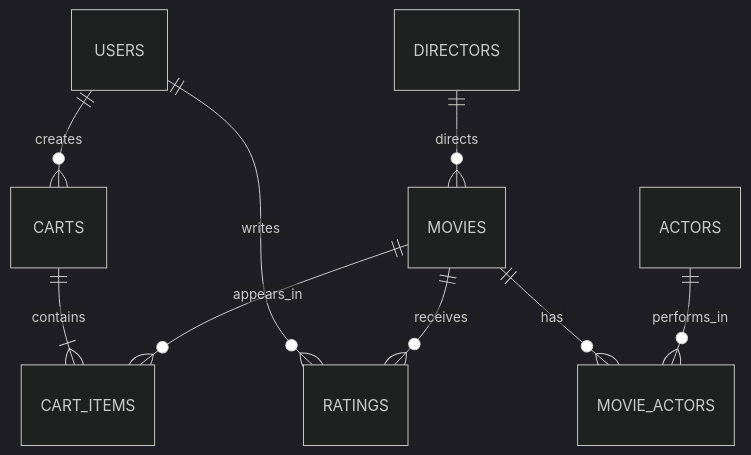
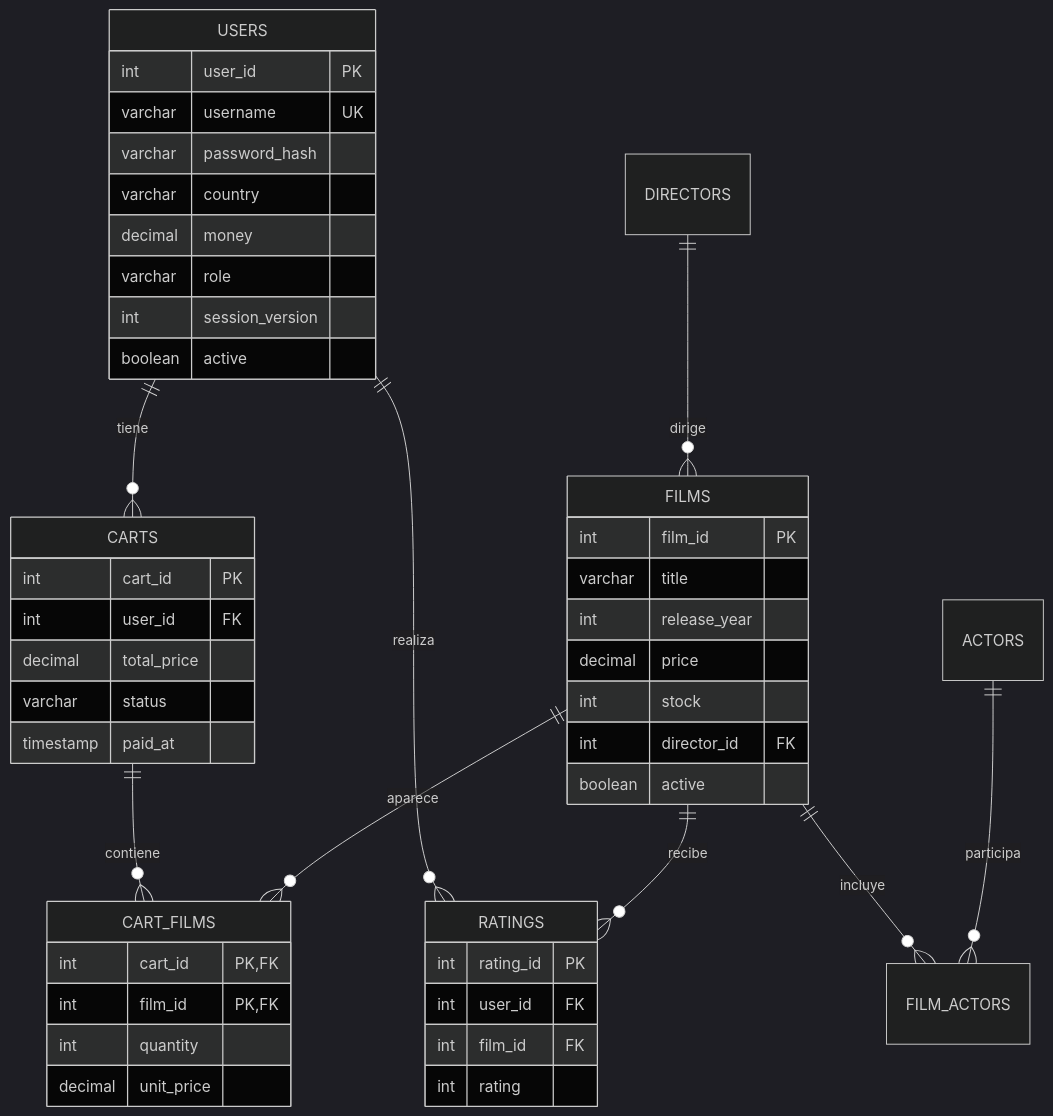
Before and after one commit to Alejandrog2006/SI: the diagram in p2/diseno.md, drawn with Mermaid (dark theme). The commit also changed other lines of this file and 11 other files, not shown here.

````diff
--- a/p2/diseno.md
+++ b/p2/diseno.md
@@ -111,11 +51,50 @@
 ```mermaid
 erDiagram
-    USERS ||--o{ CARTS : creates
-    USERS ||--o{ RATINGS : writes
-    CARTS ||--|{ CART_ITEMS : contains
-    MOVIES ||--o{ CART_ITEMS : appears_in
-    MOVIES ||--o{ RATINGS : receives
-    DIRECTORS ||--o{ MOVIES : directs
-    MOVIES ||--o{ MOVIE_ACTORS : has
-    ACTORS ||--o{ MOVIE_ACTORS : performs_in
+    USERS ||--o{ CARTS : tiene
+    USERS ||--o{ RATINGS : realiza
+    CARTS ||--o{ CART_FILMS : contiene
+    FILMS ||--o{ CART_FILMS : aparece
+    FILMS ||--o{ RATINGS : recibe
+    DIRECTORS ||--o{ FILMS : dirige
+    FILMS ||--o{ FILM_ACTORS : incluye
+    ACTORS ||--o{ FILM_ACTORS : participa
+
+    USERS {
+        int user_id PK
+        varchar username UK
+        varchar password_hash
+        varchar country
+        decimal money
+        varchar role
+        int session_version
+        boolean active
+    }
+    FILMS {
+        int film_id PK
+        varchar title
+        int release_year
+        decimal price
+        int stock
+        int director_id FK
+        boolean active
+    }
+    CARTS {
+        int cart_id PK
+        int user_id FK
+        decimal total_price
+        varchar status
+        timestamp paid_at
+    }
+    CART_FILMS {
+        int cart_id PK,FK
+        int film_id PK,FK
+        int quantity
+        decimal unit_price
+    }
+    RATINGS {
+        int rating_id PK
+        int user_id FK
+        int film_id FK
+        int rating
+    }
 ```
````
